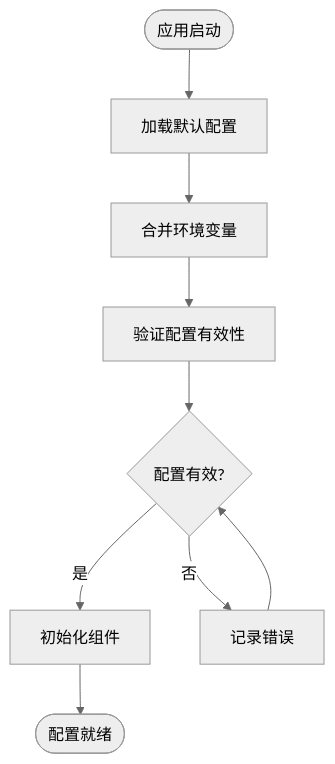
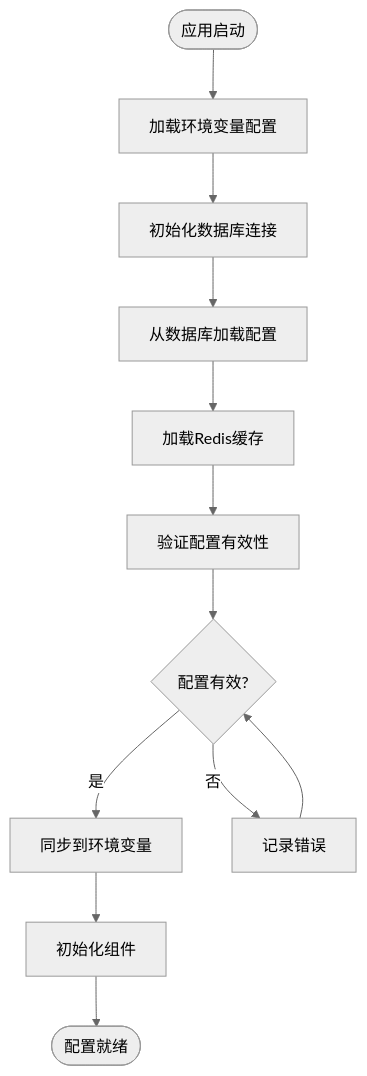
The eighth of 16 diagrams in .qoder/repowiki/zh/content/工具服务模块/配置管理/配置管理系统.md (songdiyang/clawOperations), drawn with Mermaid (neutral theme) before and after one commit. The commit also changed other lines of this file and 10 other files, not shown here.

````diff
--- a/.qoder/repowiki/zh/content/工具服务模块/配置管理/配置管理系统.md
+++ b/.qoder/repowiki/zh/content/工具服务模块/配置管理/配置管理系统.md
@@ -296,11 +408,14 @@
 ```mermaid
 flowchart TD
-Start([应用启动]) --> LoadConfig["加载默认配置"]
-LoadConfig --> MergeEnv["合并环境变量"]
-MergeEnv --> ValidateConfig["验证配置有效性"]
+Start([应用启动]) --> LoadEnv["加载环境变量配置"]
+LoadEnv --> InitDB["初始化数据库连接"]
+InitDB --> LoadConfig["从数据库加载配置"]
+LoadConfig --> LoadCache["加载Redis缓存"]
+LoadCache --> ValidateConfig["验证配置有效性"]
 ValidateConfig --> ConfigReady{"配置有效?"}
-ConfigReady --> |是| InitComponents["初始化组件"]
+ConfigReady --> |是| SyncEnv["同步到环境变量"]
 ConfigReady --> |否| LogError["记录错误"]
 LogError --> ConfigReady
+SyncEnv --> InitComponents["初始化组件"]
 InitComponents --> Ready([配置就绪])
 ```
````
